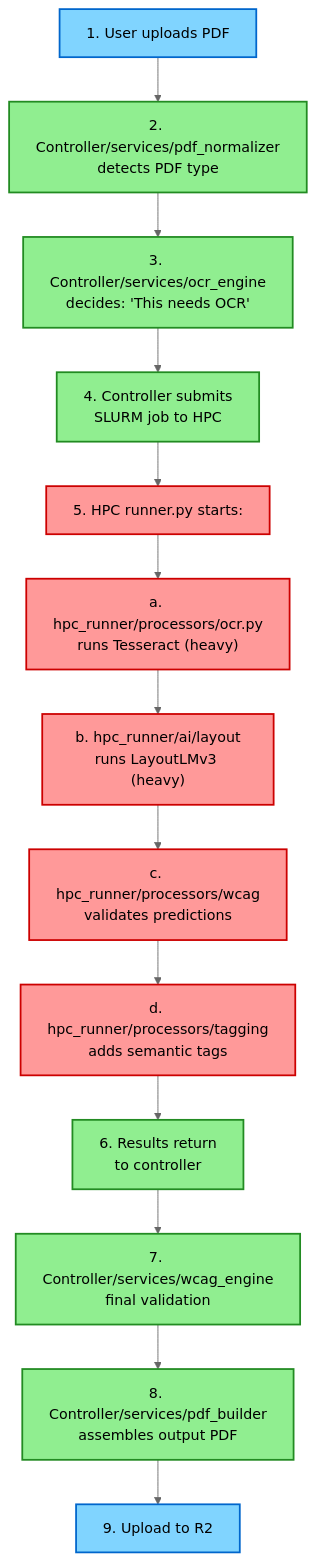
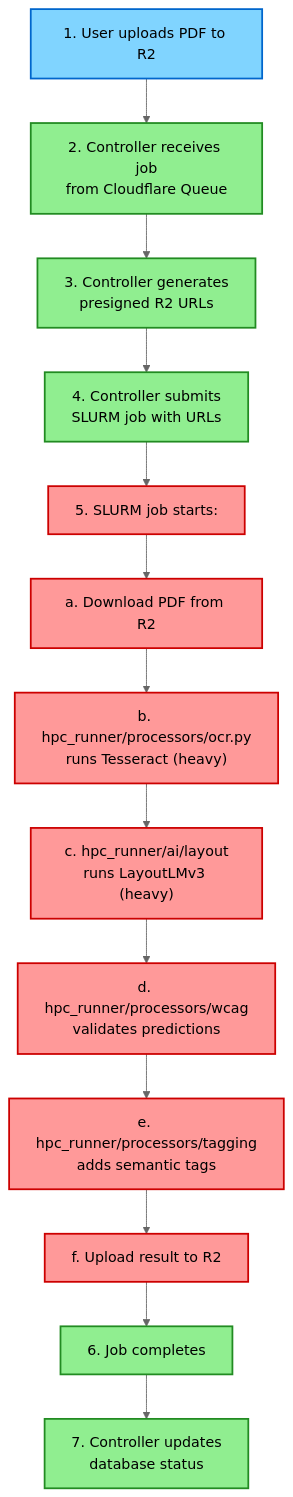
Before and after one commit to ucdavis/accessible-pdf-rocky: the second of 2 diagrams in docs/ARCHITECTURE.md, drawn with Mermaid (neutral theme). The commit also changed other lines of this file and 7 other files, not shown here.

First line of the commit message:
Changed: Revamps HPC job submission with R2 presigned URLs

````diff
--- a/docs/ARCHITECTURE.md
+++ b/docs/ARCHITECTURE.md
@@ -251,32 +251,32 @@
 ```mermaid
 flowchart TD
-    A["1. User uploads PDF"] --> B["2. Controller/services/pdf_normalizer<br/>detects PDF type"]
-    B --> C["3. Controller/services/ocr_engine<br/>decides: 'This needs OCR'"]
-    C --> D["4. Controller submits<br/>SLURM job to HPC"]
+    A["1. User uploads PDF to R2"] --> B["2. Controller receives job<br/>from Cloudflare Queue"]
+    B --> C["3. Controller generates<br/>presigned R2 URLs"]
+    C --> D["4. Controller submits<br/>SLURM job with URLs"]
     
-    D --> E["5. HPC runner.py starts:"]
+    D --> E["5. SLURM job starts:"]
     
-    E --> E1["a. hpc_runner/processors/ocr.py<br/>runs Tesseract (heavy)"]
-    E1 --> E2["b. hpc_runner/ai/layout<br/>runs LayoutLMv3 (heavy)"]
-    E2 --> E3["c. hpc_runner/processors/wcag<br/>validates predictions"]
-    E3 --> E4["d. hpc_runner/processors/tagging<br/>adds semantic tags"]
+    E --> E0["a. Download PDF from R2"]
+    E0 --> E1["b. hpc_runner/processors/ocr.py<br/>runs Tesseract (heavy)"]
+    E1 --> E2["c. hpc_runner/ai/layout<br/>runs LayoutLMv3 (heavy)"]
+    E2 --> E3["d. hpc_runner/processors/wcag<br/>validates predictions"]
+    E3 --> E4["e. hpc_runner/processors/tagging<br/>adds semantic tags"]
+    E4 --> E5["f. Upload result to R2"]
     
-    E4 --> F["6. Results return<br/>to controller"]
-    F --> G["7. Controller/services/wcag_engine<br/>final validation"]
-    G --> H["8. Controller/services/pdf_builder<br/>assembles output PDF"]
-    H --> I["9. Upload to R2"]
+    E5 --> F["6. Job completes"]
+    F --> G["7. Controller updates<br/>database status"]
     
     style A fill:#80d4ff,stroke:#0066cc,stroke-width:2px,color:#000
     style B fill:#90ee90,stroke:#228b22,stroke-width:2px,color:#000
     style C fill:#90ee90,stroke:#228b22,stroke-width:2px,color:#000
     style D fill:#90ee90,stroke:#228b22,stroke-width:2px,color:#000
     style E fill:#ff9999,stroke:#cc0000,stroke-width:2px,color:#000
+    style E0 fill:#ff9999,stroke:#cc0000,stroke-width:2px,color:#000
     style E1 fill:#ff9999,stroke:#cc0000,stroke-width:2px,color:#000
     style E2 fill:#ff9999,stroke:#cc0000,stroke-width:2px,color:#000
     style E3 fill:#ff9999,stroke:#cc0000,stroke-width:2px,color:#000
     style E4 fill:#ff9999,stroke:#cc0000,stroke-width:2px,color:#000
+    style E5 fill:#ff9999,stroke:#cc0000,stroke-width:2px,color:#000
     style F fill:#90ee90,stroke:#228b22,stroke-width:2px,color:#000
     style G fill:#90ee90,stroke:#228b22,stroke-width:2px,color:#000
-    style H fill:#90ee90,stroke:#228b22,stroke-width:2px,color:#000
-    style I fill:#80d4ff,stroke:#0066cc,stroke-width:2px,color:#000
 ```
````
